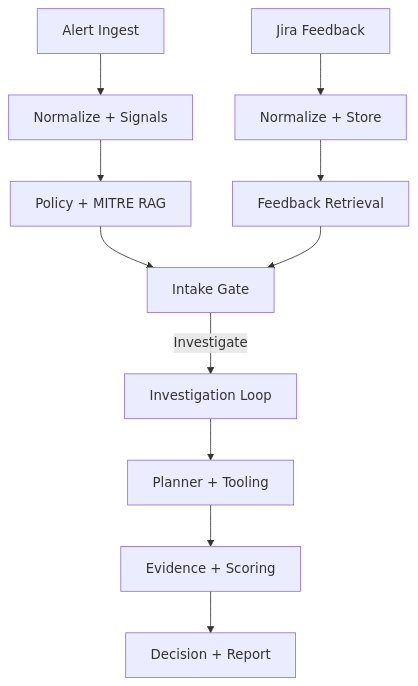
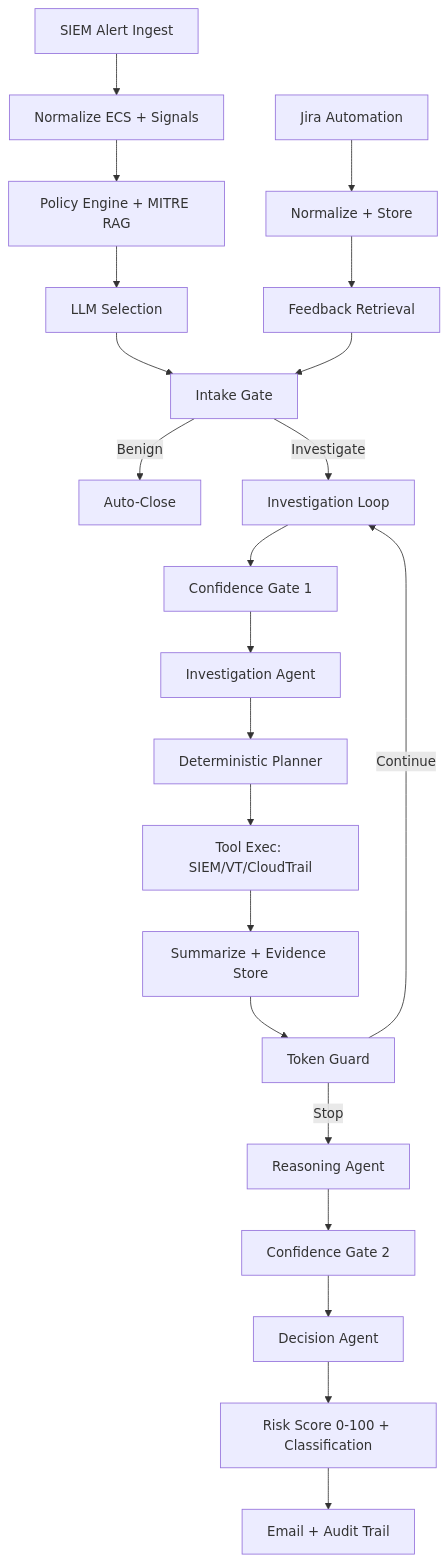
Before and after one commit to GBinion2020/AI-Triage-AgentV3-: the diagram in docs/wiki/PIPELINE_SUMMARY.md, drawn with Mermaid. The commit also changed other lines of this file and 1 other file, not shown here.

Commit message:
Refine README and expand pipeline summary diagram

````diff
--- a/docs/wiki/PIPELINE_SUMMARY.md
+++ b/docs/wiki/PIPELINE_SUMMARY.md
@@ -5,13 +5,25 @@
 ```mermaid
 flowchart TB
-  A[Alert Ingest] --> B[Normalize + Signals]
-  B --> C[Policy + MITRE RAG]
-  C --> D[Intake Gate]
-  D -->|Investigate| E[Investigation Loop]
-  E --> F[Planner + Tooling]
-  F --> G[Evidence + Scoring]
-  G --> H[Decision + Report]
-  I[Jira Feedback] --> J[Normalize + Store]
-  J --> K[Feedback Retrieval]
-  K --> D
+  A[SIEM Alert Ingest] --> B[Normalize ECS + Signals]
+  B --> C[Policy Engine + MITRE RAG]
+  C --> D[LLM Selection]
+  D --> E[Intake Gate]
+  E -->|Benign| F[Auto-Close]
+  E -->|Investigate| G[Investigation Loop]
+  G --> H[Confidence Gate 1]
+  H --> I[Investigation Agent]
+  I --> J[Deterministic Planner]
+  J --> K[Tool Exec: SIEM/VT/CloudTrail]
+  K --> L[Summarize + Evidence Store]
+  L --> M[Token Guard]
+  M -->|Continue| G
+  M -->|Stop| N[Reasoning Agent]
+  N --> O[Confidence Gate 2]
+  O --> P[Decision Agent]
+  P --> Q[Risk Score 0-100 + Classification]
+  Q --> R[Email + Audit Trail]
+
+  S[Jira Automation] --> T[Normalize + Store]
+  T --> U[Feedback Retrieval]
+  U --> E
 ```
````
